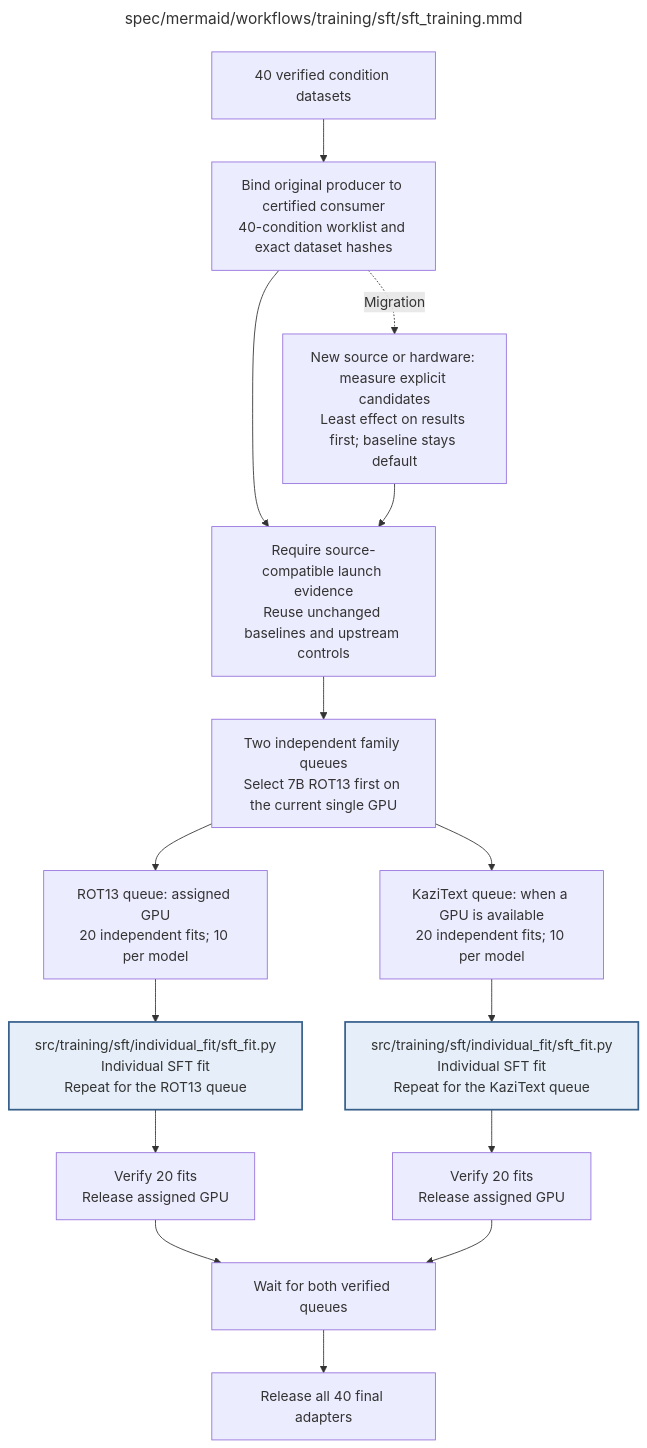
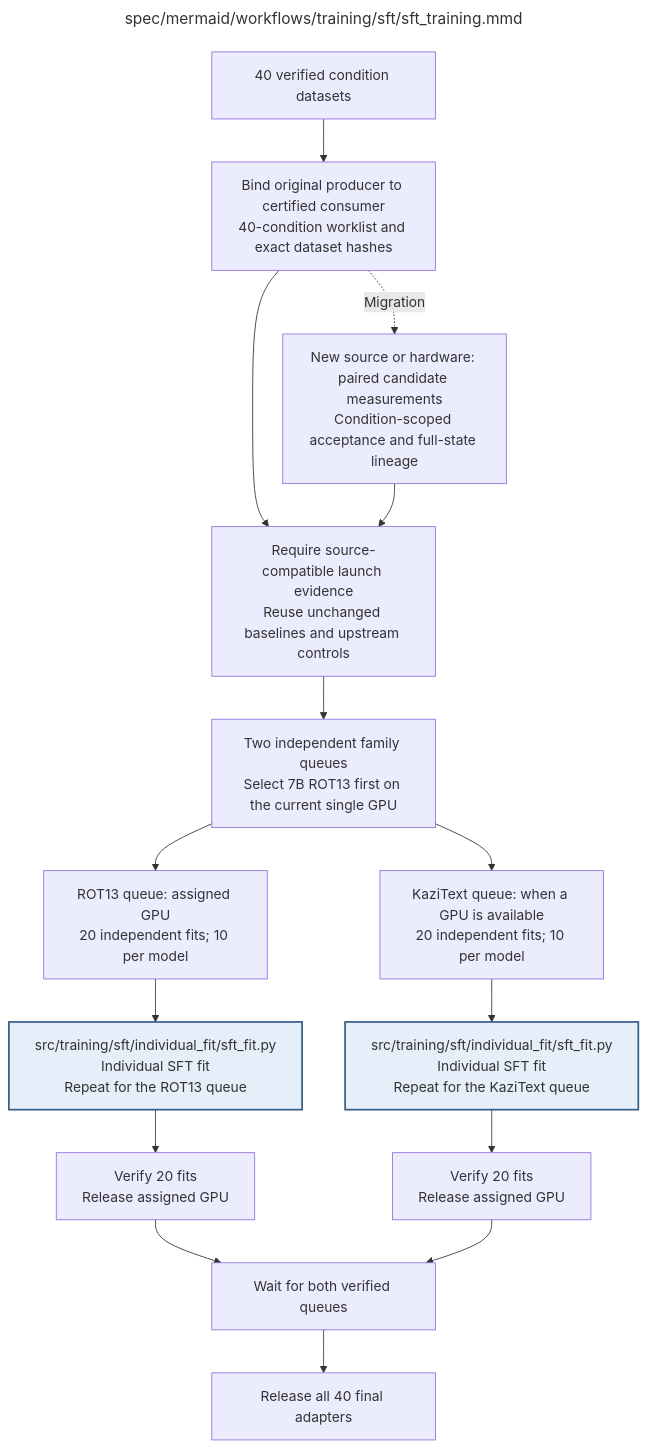
One commit to AJUNNYC/inducing_persistent_textual_chain_of_thought_illegibility changed the diagram in spec/mermaid/workflows/training/sft/sft_training.mmd. Above: the diagram before and after it, drawn with Mermaid. The commit also changed 19 other files, not shown here.

```diff
--- a/spec/mermaid/workflows/training/sft/sft_training.mmd
+++ b/spec/mermaid/workflows/training/sft/sft_training.mmd
@@ -1,41 +1,45 @@
 ---
 title: "spec/mermaid/workflows/training/sft/sft_training.mmd"
 ---
 flowchart TD
 %% SFT training schedule
 %% Edit quoted node labels directly; this is native Mermaid source.
+%% Source 05f42b0 recovery accepted no recomputation only for 7B ROT13 level 1 on RTX PRO 6000 Blackwell 96GB.
+%% CUDA input caching failed speed; other conditions retain the original execution defaults.
 %% Contract: ../../shared_procedures/recovery_procedure.mmd applies to execution failures.
 %% Each queue covers 7B and 14B at all 10 levels; fits are independent and start from untouched bases.
 %% Within each queue, select the next unfinished fit until all 20 are verified.
 %% Current certified launcher serializes selected model/levels on one GPU.
 %% Whole optimizer updates and full checkpoints must pass verified Drive barriers.
 %% Later adapter evaluation explicitly reuses the frozen vLLM measurement contract.
+%% Accepted execution evidence is scoped to one model/family/level; do not release the whole matrix from one screen.
+%% Migration inherits verified full-state progress and preserves parent checkpoint bytes.
 %% A failed fit stops that queue and yields a partial report; the other queue may finish valid work.
 %% Child: ROTFIT => individual_fit/sft_fit.mmd
 %% Child: KAZFIT => individual_fit/sft_fit.mmd
     INPUT["40 verified condition datasets"]
     CERT["Bind original producer to certified consumer<br/>40-condition worklist and exact dataset hashes"]
     GATES["Require source-compatible launch evidence<br/>Reuse unchanged baselines and upstream controls"]
     PLAN["Two independent family queues<br/>Select 7B ROT13 first on the current single GPU"]
     ROT["ROT13 queue: assigned GPU<br/>20 independent fits; 10 per model"]
     KAZ["KaziText queue: when a GPU is available<br/>20 independent fits; 10 per model"]
     ROTFIT["src/training/sft/individual_fit/sft_fit.py<br/>Individual SFT fit<br/>Repeat for the ROT13 queue"]
     KAZFIT["src/training/sft/individual_fit/sft_fit.py<br/>Individual SFT fit<br/>Repeat for the KaziText queue"]
     ROTDONE["Verify 20 fits<br/>Release assigned GPU"]
     KAZDONE["Verify 20 fits<br/>Release assigned GPU"]
     WAIT["Wait for both verified queues"]
     OUT["Release all 40 final adapters"]
-    BENCH["New source or hardware: measure explicit candidates<br/>Least effect on results first; baseline stays default"]
+    BENCH["New source or hardware: paired candidate measurements<br/>Condition-scoped acceptance and full-state lineage"]
     INPUT --> CERT --> GATES --> PLAN
     CERT -.->|Migration| BENCH --> GATES
     PLAN --> ROT --> ROTFIT --> ROTDONE --> WAIT
     PLAN --> KAZ --> KAZFIT --> KAZDONE --> WAIT
     WAIT --> OUT
     classDef detail fill:#e5eef9,stroke:#365f8a,stroke-width:2px
     class ROTFIT,KAZFIT detail
 
 %% Repository module: src/training/sft/sft_training.py
 %% Module documentation: docs/modules/training/sft/sft_training.md
 %% Unit test: tests/unit/training/sft/test_sft_training.py
 %% Owner: sft
 %% Source sections: C.2; E.1.1–E.1.3; E.2.2,E.2.5
```
